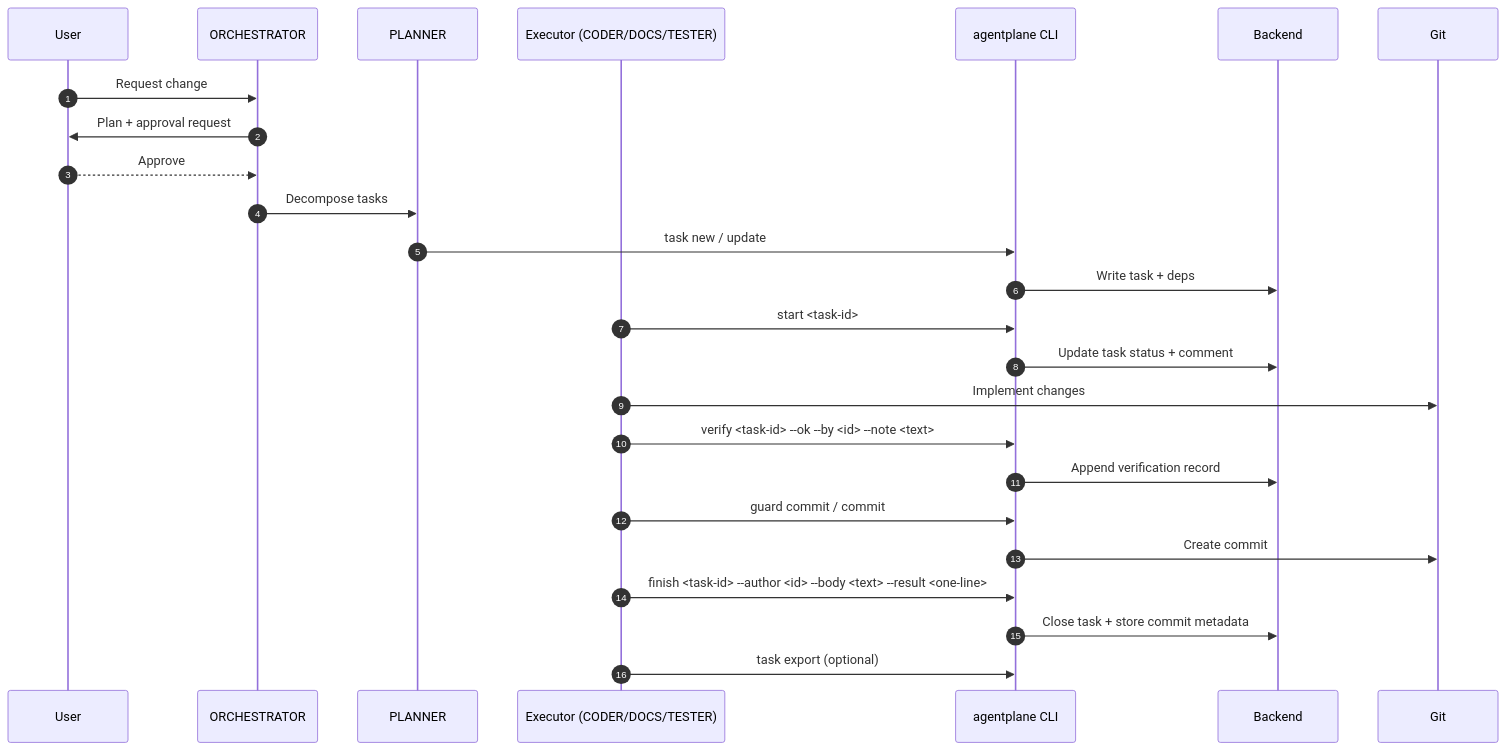
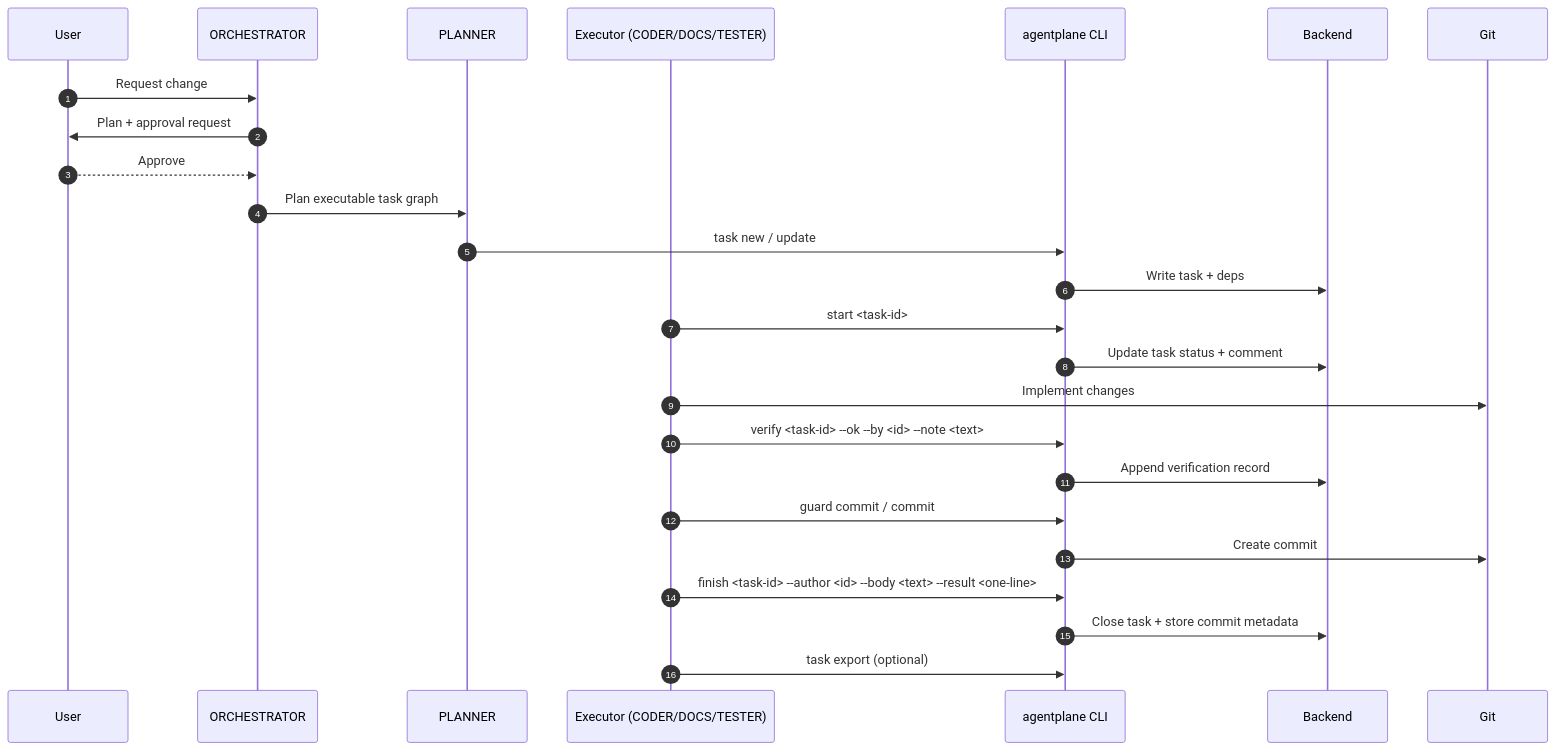
The second of 3 diagrams in docs/user/task-lifecycle.mdx (basilisk-labs/agentplane), drawn with Mermaid before and after one commit. The commit also changed other lines of this file and 12 other files, not shown here.

````diff
--- a/docs/user/task-lifecycle.mdx
+++ b/docs/user/task-lifecycle.mdx
@@ -52,28 +55,28 @@
 ```mermaid
 sequenceDiagram
   autonumber
   participant U as User
   participant O as ORCHESTRATOR
   participant P as PLANNER
   participant E as Executor (CODER/DOCS/TESTER)
   participant CLI as agentplane CLI
   participant B as Backend
   participant G as Git
 
   U->>O: Request change
   O->>U: Plan + approval request
   U-->>O: Approve
-  O->>P: Decompose tasks
+  O->>P: Plan executable task graph
   P->>CLI: task new / update
   CLI->>B: Write task + deps
   E->>CLI: start <task-id>
   CLI->>B: Update task status + comment
   E->>G: Implement changes
   E->>CLI: verify <task-id> --ok --by <id> --note <text>
   CLI->>B: Append verification record
   E->>CLI: guard commit / commit
   CLI->>G: Create commit
   E->>CLI: finish <task-id> --author <id> --body <text> --result <one-line>
   CLI->>B: Close task + store commit metadata
   E->>CLI: task export (optional)
 ```
````
